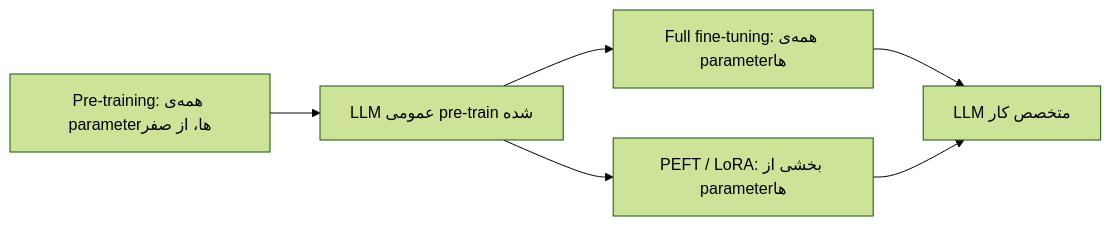
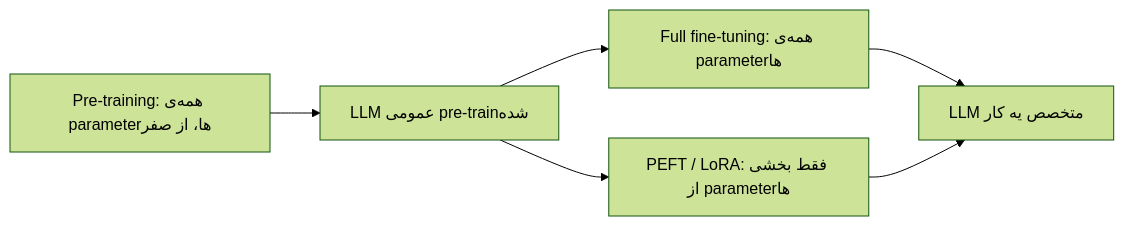
The third of 4 diagrams in mini-courses/1_fundamentals/training_fa.md (lokumai/ai-engineering-bazaar), drawn with Mermaid (forest theme) before and after one commit. The commit also changed other lines of this file and 82 other files, not shown here.

````diff
--- a/mini-courses/1_fundamentals/training_fa.md
+++ b/mini-courses/1_fundamentals/training_fa.md
@@ -176,8 +176,8 @@
 ```mermaid
 graph LR
-    A["Pre-training: همه‌ی parameter‌ها، از صفر"] --> B["LLM عمومی pre-train شده"]
+    A["Pre-training: همه‌ی parameter‌ها، از صفر"] --> B["LLM عمومی pre-train‌شده"]
     B --> C["Full fine-tuning: همه‌ی parameter‌ها"]
-    B --> D["PEFT / LoRA: بخشی از parameter‌ها"]
-    C --> E["LLM متخصص کار"]
+    B --> D["PEFT / LoRA: فقط بخشی از parameter‌ها"]
+    C --> E["LLM متخصص یه کار"]
     D --> E
 ```
````
